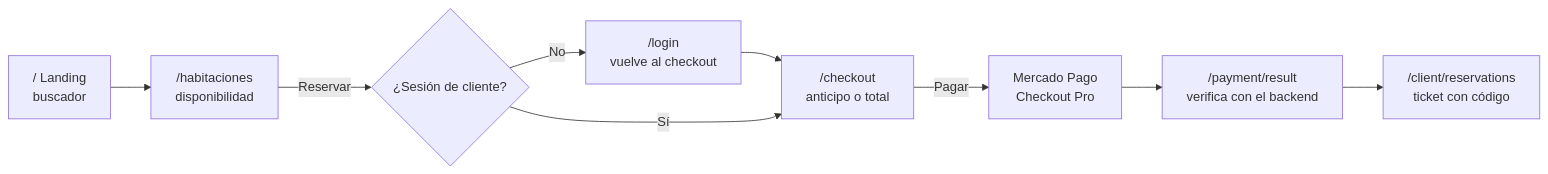
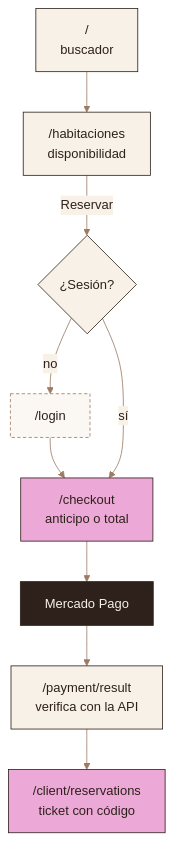
The second of 5 diagrams in README.md (HotelGotitass/Hotel-frontend), drawn with Mermaid before and after one commit. The commit also changed other lines of this file, not shown here.

Commit message:
docs: rediseno del README con encabezado, tarjetas y diagramas con la paleta de marca

````diff
--- a/README.md
+++ b/README.md
@@ -48,11 +57,15 @@
 ```mermaid
-flowchart LR
-    L["/ Landing<br/>buscador"] --> H["/habitaciones<br/>disponibilidad"]
-    H -->|"Reservar"| AUTH{"¿Sesión de cliente?"}
-    AUTH -->|"No"| LOGIN["/login<br/>vuelve al checkout"]
+%%{init: {"theme":"base","themeVariables":{"primaryColor":"#F7F1E8","primaryTextColor":"#2E211B","primaryBorderColor":"#2E211B","lineColor":"#9C7A63","secondaryColor":"#ECA8D6","tertiaryColor":"#FBF8F3","edgeLabelBackground":"#F7F1E8","noteBkgColor":"#ECA8D6","noteTextColor":"#2E211B","noteBorderColor":"#2E211B","actorBkg":"#2E211B","actorTextColor":"#F7F1E8","actorBorder":"#2E211B","actorLineColor":"#9C7A63","signalColor":"#9C7A63","signalTextColor":"#9C7A63","labelBoxBkgColor":"#ECA8D6","labelTextColor":"#2E211B","loopTextColor":"#9C7A63","attributeBackgroundColorOdd":"#FBF8F3","attributeBackgroundColorEven":"#F7F1E8"}}}%%
+flowchart TB
+    L["/<br/>buscador"] --> H["/habitaciones<br/>disponibilidad"]
+    H -->|"Reservar"| AUTH{"¿Sesión?"}
+    AUTH -->|"no"| LOGIN["/login"]:::ext
     LOGIN --> CK
-    AUTH -->|"Sí"| CK["/checkout<br/>anticipo o total"]
-    CK -->|"Pagar"| MP["Mercado Pago<br/>Checkout Pro"]
-    MP --> PR["/payment/result<br/>verifica con el backend"]
-    PR --> MR["/client/reservations<br/>ticket con código"]
+    AUTH -->|"sí"| CK["/checkout<br/>anticipo o total"]:::accent
+    CK --> MP["Mercado Pago"]:::dark
+    MP --> PR["/payment/result<br/>verifica con la API"]
+    PR --> MR["/client/reservations<br/>ticket con código"]:::accent
+    classDef dark fill:#2E211B,stroke:#2E211B,color:#F7F1E8
+    classDef accent fill:#ECA8D6,stroke:#2E211B,color:#2E211B
+    classDef ext fill:#FBF8F3,stroke:#9C7A63,color:#2E211B,stroke-dasharray:4 3
 ```
````
